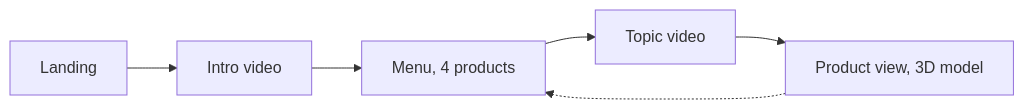
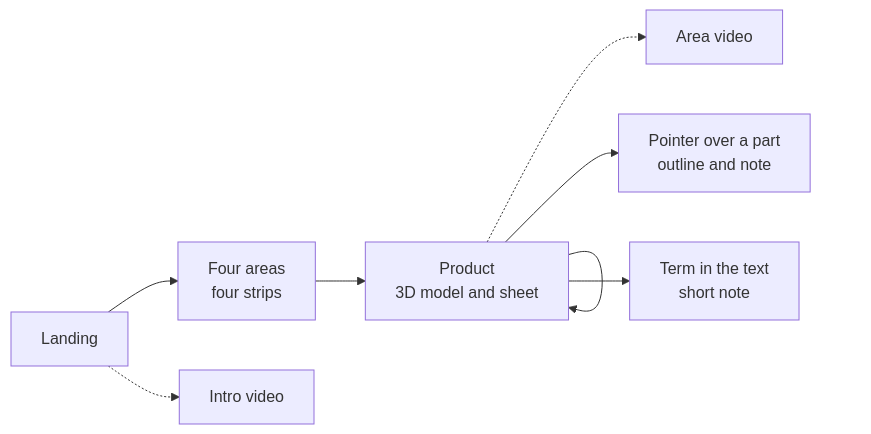
Before and after one commit to aenoriss/invap-interactive-experience: the diagram in README.md, drawn with Mermaid. The commit also changed other lines of this file and 2 other files, not shown here.

Commit message:
README for the rebuild, with a header and a diagram

````diff
--- a/README.md
+++ b/README.md
@@ -20,6 +26,10 @@
 ```mermaid
 flowchart LR
-  L[Landing] --> I[Intro video] --> M[Menu, 4 products]
-  M --> V[Topic video] --> D[Product view, 3D model]
-  D -.-> M
+  L[Landing] --> A[Four areas<br/>four strips]
+  A --> P[Product<br/>3D model and sheet]
+  P --> P
+  L -.-> IV[Intro video]
+  P -.-> V[Area video]
+  P --> H[Pointer over a part<br/>outline and note]
+  P --> T[Term in the text<br/>short note]
 ```
````
